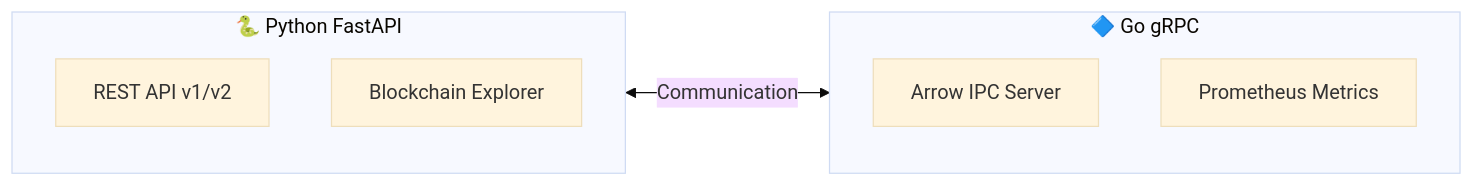
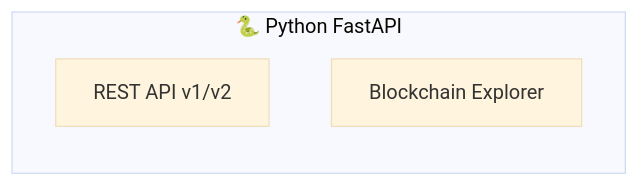
One commit to VanDung-dev/HieraChain changed the second of 14 diagrams in ARCHITECTURE.md. Above: the diagram before and after it, drawn with Mermaid (base theme). The commit also changed other lines of this file and 2 other files, not shown here.

````diff
--- a/ARCHITECTURE.md
+++ b/ARCHITECTURE.md
@@ -52,14 +50,8 @@
 ```mermaid
 flowchart LR
     subgraph PY["🐍 Python FastAPI"]
         P1["REST API v1/v2"]
         P2["Blockchain Explorer"]
     end
 
-    subgraph GO["🔷 Go gRPC"]
-        G1["Arrow IPC Server"]
-        G2["Prometheus Metrics"]
-    end
-
-    PY <-->|"Communication"| GO
 ```
````
